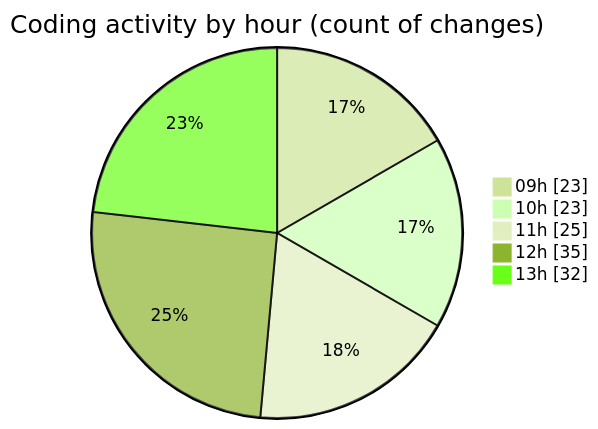
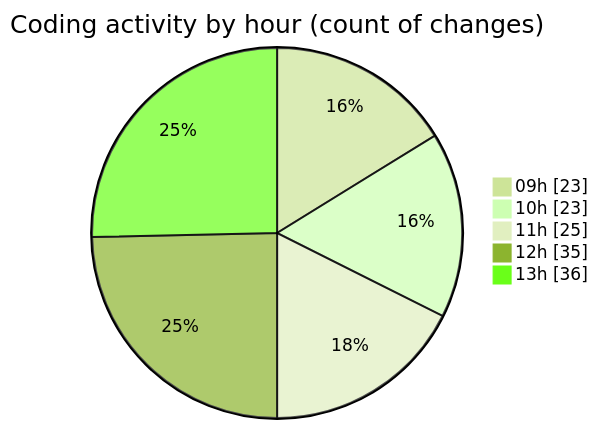
One commit to momahboobian/code-tracking changed the second of 2 diagrams in 2025-10-23/cda/README.md. Above: the diagram before and after it, drawn with Mermaid (forest theme). The commit also changed other lines of this file and 1 other file, not shown here.

````diff
--- a/2025-10-23/cda/README.md
+++ b/2025-10-23/cda/README.md
@@ -34,9 +34,9 @@
 ```mermaid
 pie showData
 title Coding activity by hour (count of changes)
 "09h" : 23
 "10h" : 23
 "11h" : 25
 "12h" : 35
-"13h" : 32
+"13h" : 36
 ```
````
